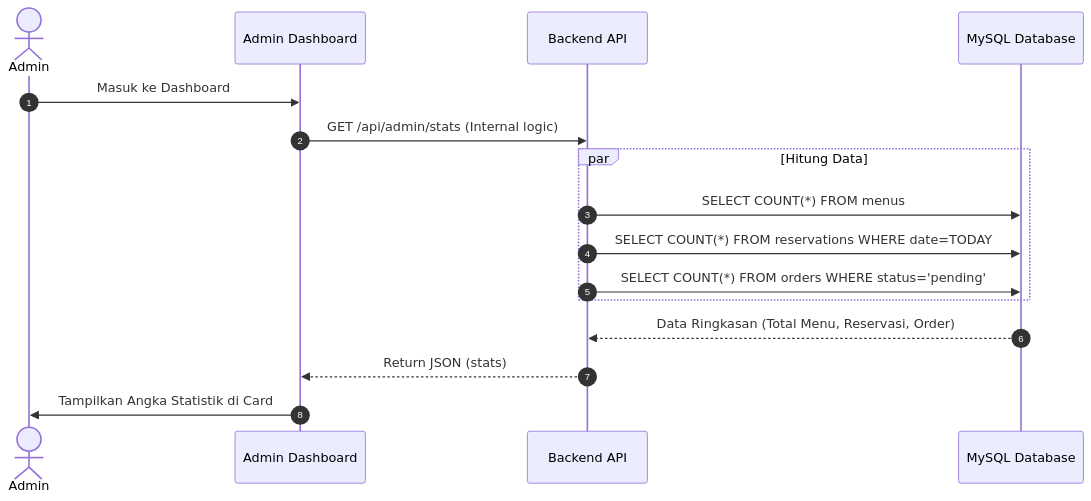
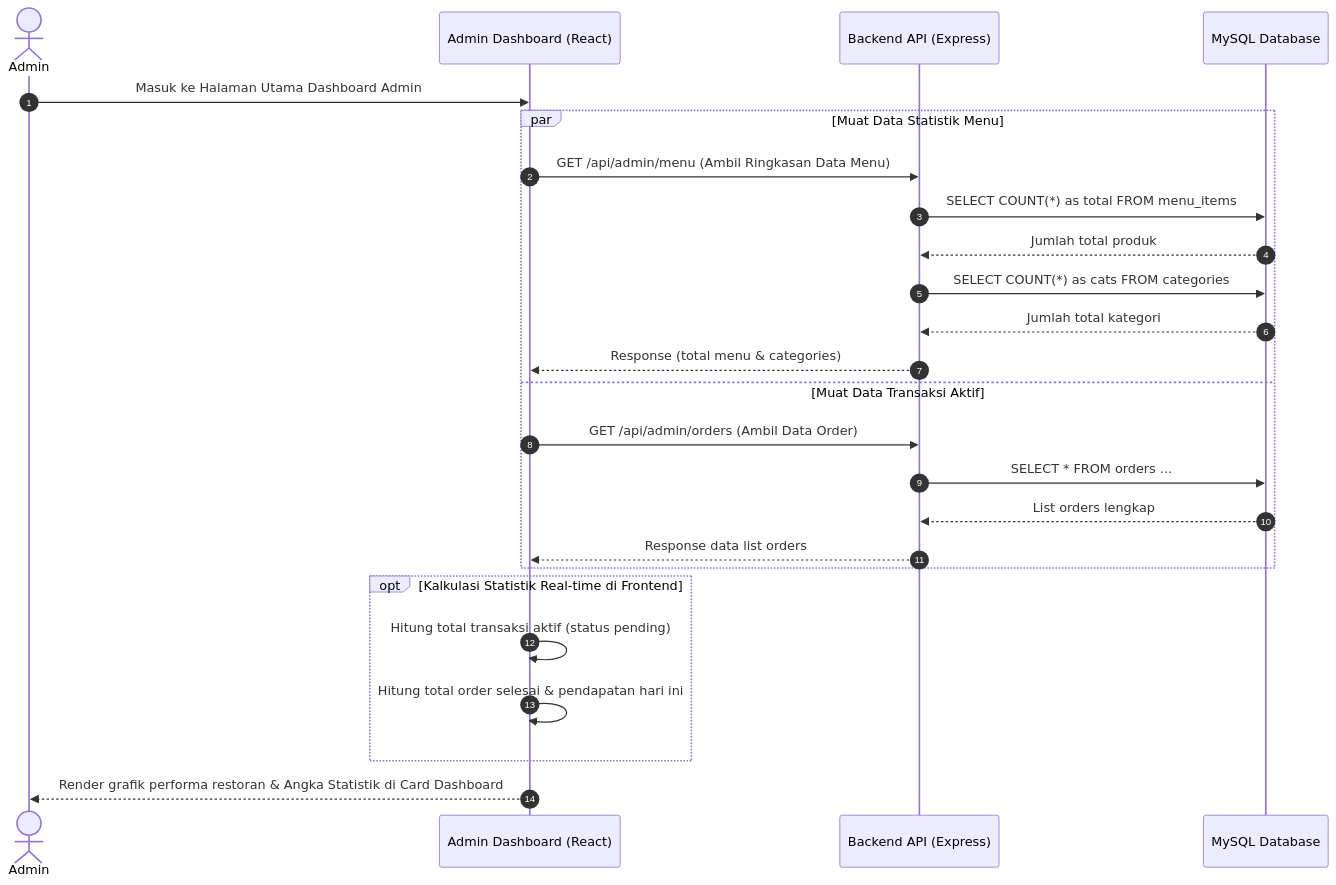
The eighth of 8 diagrams in DIAGRAM.md (AkbarHusaini/website-reservasi-online-Ineri-suki), drawn with Mermaid before and after one commit. The commit also changed other lines of this file, not shown here.

Commit message:
docs: upgrade all sequence diagrams in DIAGRAM.md to be highly detailed and code-aligned

````diff
--- a/DIAGRAM.md
+++ b/DIAGRAM.md
@@ -208,21 +327,31 @@
 ```mermaid
 sequenceDiagram
     autonumber
-    actor Admin
-    participant FE as Admin Dashboard
-    participant BE as Backend API
+    actor Admin as Admin
+    participant FE as Admin Dashboard (React)
+    participant BE as Backend API (Express)
     participant DB as MySQL Database
 
-    Admin->>FE: Masuk ke Dashboard
-    FE->>BE: GET /api/admin/stats (Internal logic)
+    Admin->>FE: Masuk ke Halaman Utama Dashboard Admin
     
-    par Hitung Data
-        BE->>DB: SELECT COUNT(*) FROM menus
-        BE->>DB: SELECT COUNT(*) FROM reservations WHERE date=TODAY
-        BE->>DB: SELECT COUNT(*) FROM orders WHERE status='pending'
+    par Muat Data Statistik Menu
+        FE->>BE: GET /api/admin/menu (Ambil Ringkasan Data Menu)
+        BE->>DB: SELECT COUNT(*) as total FROM menu_items
+        DB-->>BE: Jumlah total produk
+        BE->>DB: SELECT COUNT(*) as cats FROM categories
+        DB-->>BE: Jumlah total kategori
+        BE-->>FE: Response (total menu & categories)
+    and Muat Data Transaksi Aktif
+        FE->>BE: GET /api/admin/orders (Ambil Data Order)
+        BE->>DB: SELECT * FROM orders ...
+        DB-->>BE: List orders lengkap
+        BE-->>FE: Response data list orders
     end
-
-    DB-->>BE: Data Ringkasan (Total Menu, Reservasi, Order)
-    BE-->>FE: Return JSON (stats)
-    FE->>Admin: Tampilkan Angka Statistik di Card
+    
+    opt Kalkulasi Statistik Real-time di Frontend
+        FE->>FE: Hitung total transaksi aktif (status pending)
+        FE->>FE: Hitung total order selesai & pendapatan hari ini
+    end
+    
+    FE-->>Admin: Render grafik performa restoran & Angka Statistik di Card Dashboard
 ```
````
